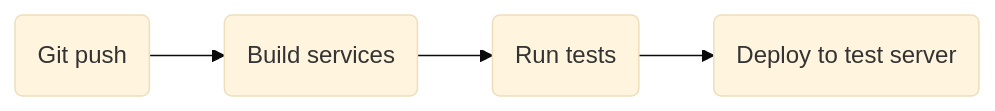
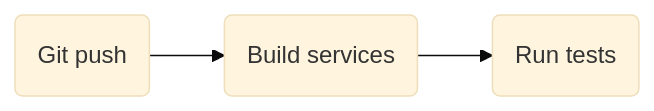
One commit to Pollak-Projects/lp changed the second of 4 diagrams in documentation/readme.md. Above: the diagram before and after it, drawn with Mermaid (base theme). The commit also changed other lines of this file and 1 other file, not shown here.

````diff
--- a/documentation/readme.md
+++ b/documentation/readme.md
@@ -327,7 +320,6 @@
 ```mermaid
 flowchart LR
     A(Git push)
     A --> B(Build services)
     B --> C(Run tests)
-    C --> D(Deploy to test server)
 ```
````
